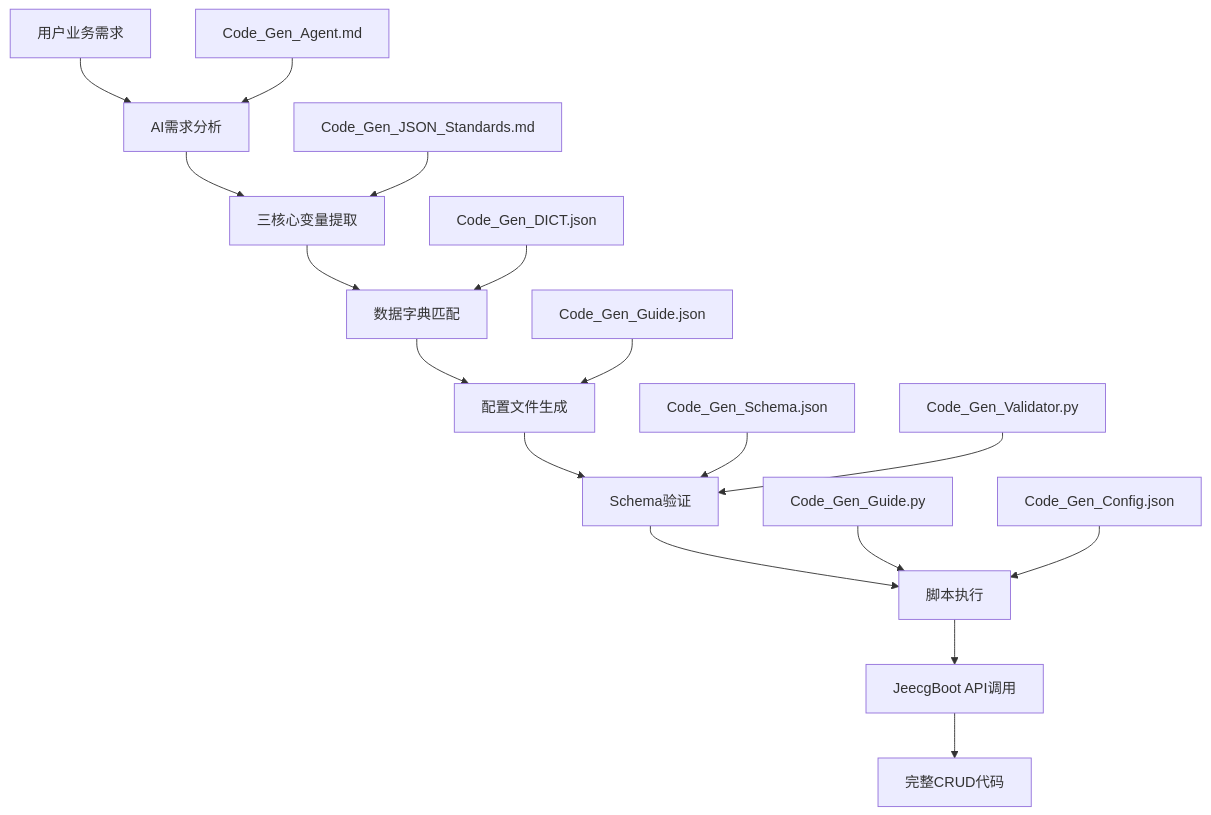
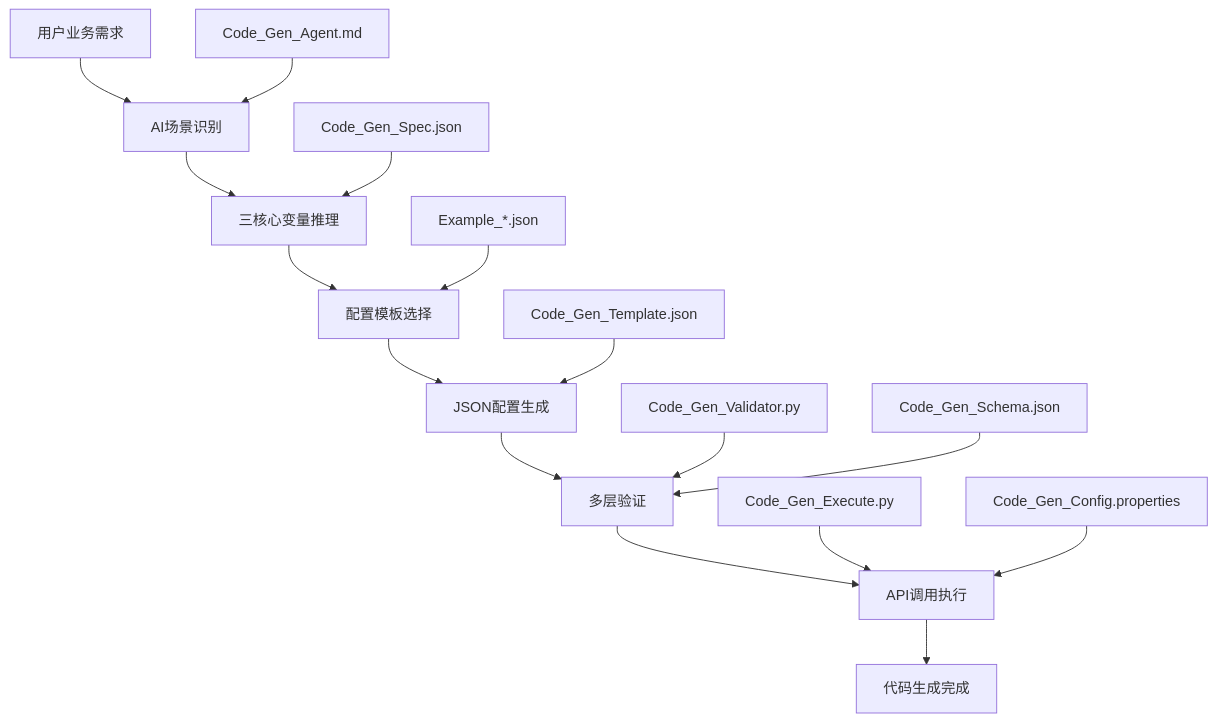
One commit to kyne0116/JeecgBoot changed the diagram in CodeGen/README.md. Above: the diagram before and after it, drawn with Mermaid. The commit also changed other lines of this file and 15 other files, not shown here.

````diff
--- a/CodeGen/README.md
+++ b/CodeGen/README.md
@@ -50,20 +159,19 @@
 ```mermaid
 graph TD
-    A[用户业务需求] --> B[AI需求分析]
-    B --> C[三核心变量提取]
-    C --> D[数据字典匹配]
-    D --> E[配置文件生成]
-    E --> F[Schema验证]
-    F --> G[脚本执行]
-    G --> H[JeecgBoot API调用]
-    H --> I[完整CRUD代码]
+    A[用户业务需求] --> B[AI场景识别]
+    B --> C[三核心变量推理]
+    C --> D[配置模板选择]
+    D --> E[JSON配置生成]
+    E --> F[多层验证]
+    F --> G[API调用执行]
+    G --> H[代码生成完成]
 
     B1[Code_Gen_Agent.md] --> B
-    C1[Code_Gen_JSON_Standards.md] --> C
-    D1[Code_Gen_DICT.json] --> D
-    E1[Code_Gen_Guide.json] --> E
-    F1[Code_Gen_Schema.json] --> F
-    F2[Code_Gen_Validator.py] --> F
-    G1[Code_Gen_Guide.py] --> G
-    G2[Code_Gen_Config.json] --> G
+    C1[Code_Gen_Spec.json] --> C
+    D1[Example_*.json] --> D
+    E1[Code_Gen_Template.json] --> E
+    F1[Code_Gen_Validator.py] --> F
+    F2[Code_Gen_Schema.json] --> F
+    G1[Code_Gen_Execute.py] --> G
+    G2[Code_Gen_Config.properties] --> G
 ```
````
